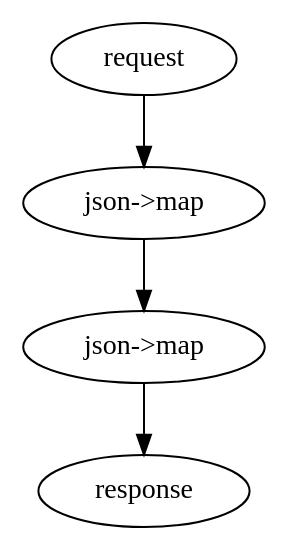
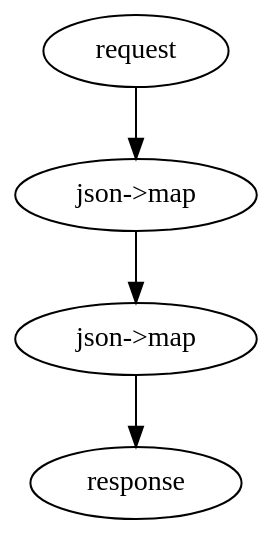
Before and after one commit to wactbprot/devhub: the diagram in resources/req-res.dot, drawn with Graphviz. The commit also changed 2 other files, not shown here.

```diff
--- a/resources/req-res.dot
+++ b/resources/req-res.dot
@@ -1,10 +1,11 @@
-digraph regexp { 
+digraph  regexp {
+bgcolor=transparent                                                             
  req [label="request", URL="", tooltip="incomming request"];
  res [label="response", URL="", tooltip="outgoing response"];  
  j2m [label="json->map", URL="", tooltip="decode json to clojure map"];
  m2j [label="json->map", URL="", tooltip="clojure map to decode json"];
 
  req -> j2m
  j2m -> m2j
  m2j -> res
 }
```
